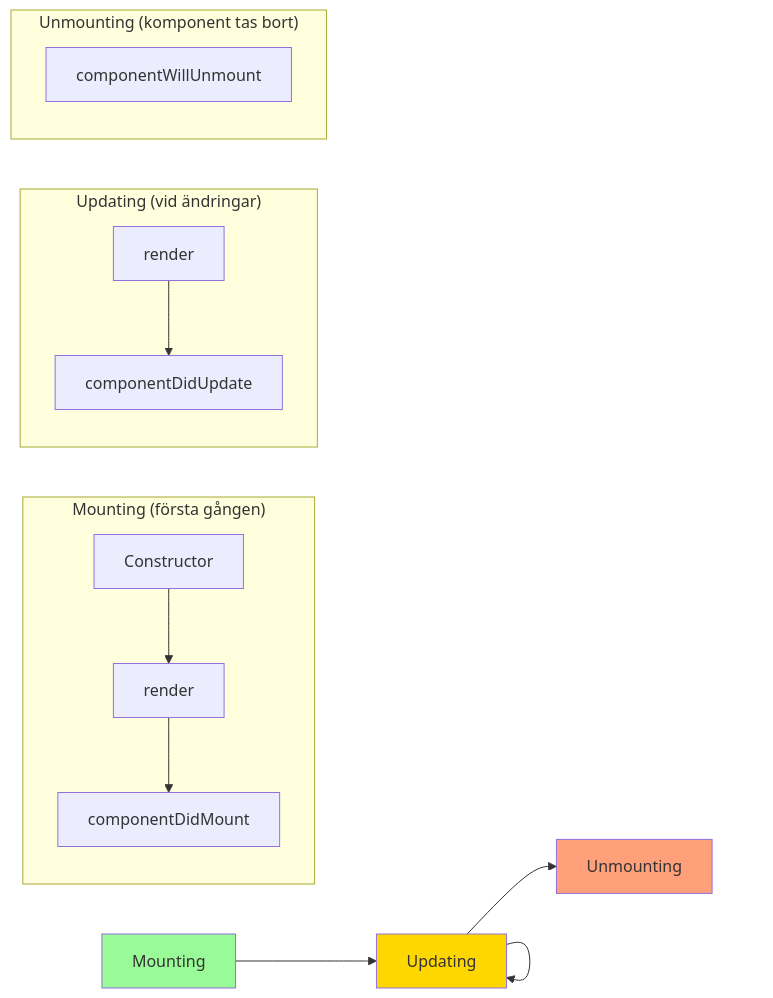
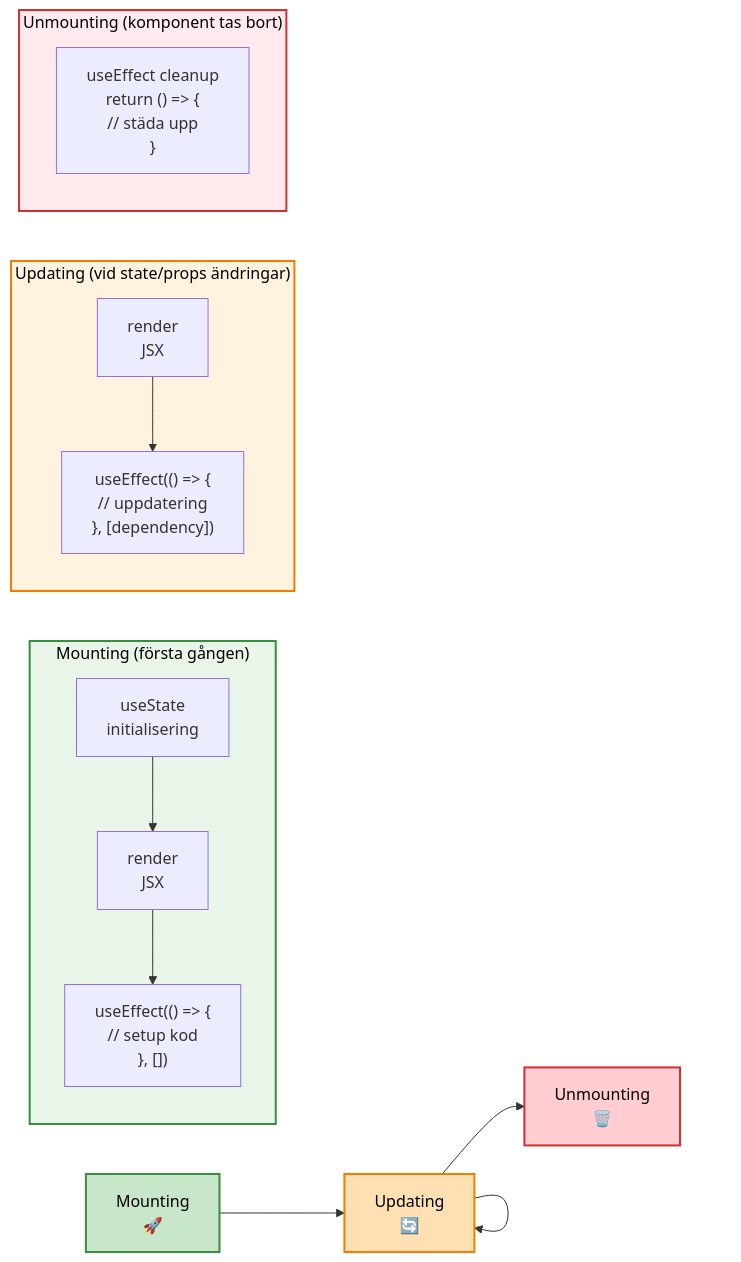
The second of 2 diagrams in src/kapitel_8/komponenter.md (Glimakra-Webbutvecklare/kursbok), drawn with Mermaid before and after one commit. The commit also changed other lines of this file and 1 other file, not shown here.

````diff
--- a/src/kapitel_8/komponenter.md
+++ b/src/kapitel_8/komponenter.md
@@ -278,23 +282,29 @@
 ```mermaid
 graph LR
-    A[Mounting] --> B[Updating] 
-    B --> C[Unmounting]
+    A[Mounting<br/>🚀] --> B[Updating<br/>🔄] 
+    B --> C[Unmounting<br/>🗑️]
     B --> B
     
-    subgraph "Mounting (första gången)"
-        D[Constructor] --> E[render]
-        E --> F[componentDidMount]
+    subgraph mount ["Mounting (första gången)"]
+        direction TB
+        D["useState<br/>initialisering"] --> E["render<br/>JSX"]
+        E --> F["useEffect(() => {<br/>  // setup kod<br/>}, [])"]
     end
     
-    subgraph "Updating (vid ändringar)"
-        G[render] --> H[componentDidUpdate]
+    subgraph update ["Updating (vid state/props ändringar)"]
+        direction TB
+        G["render<br/>JSX"] --> H["useEffect(() => {<br/>  // uppdatering<br/>}, [dependency])"]
     end
     
-    subgraph "Unmounting (komponent tas bort)"
-        I[componentWillUnmount]
+    subgraph unmount ["Unmounting (komponent tas bort)"]
+        direction TB
+        I["useEffect cleanup<br/>return () => {<br/>  // städa upp<br/>}"]
     end
 
-    style A fill:#98fb98
-    style B fill:#ffd700  
-    style C fill:#ffa07a
+    style mount fill:#e8f5e8,stroke:#388e3c,stroke-width:2px,color:#000
+    style update fill:#fff3e0,stroke:#f57c00,stroke-width:2px,color:#000
+    style unmount fill:#ffebee,stroke:#d32f2f,stroke-width:2px,color:#000
+    style A fill:#c8e6c9,stroke:#388e3c,stroke-width:2px,color:#000
+    style B fill:#ffe0b2,stroke:#f57c00,stroke-width:2px,color:#000
+    style C fill:#ffcdd2,stroke:#d32f2f,stroke-width:2px,color:#000
 ```
````
